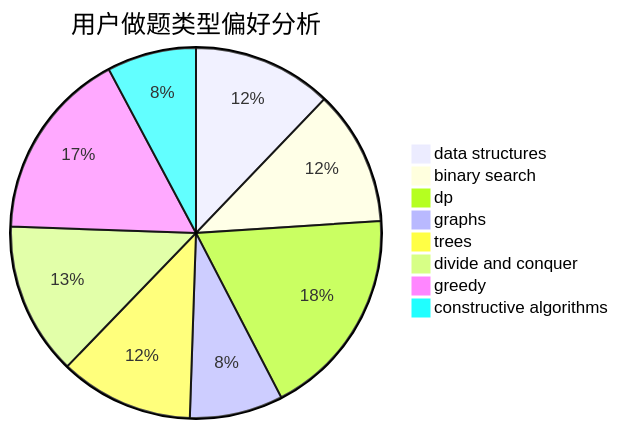
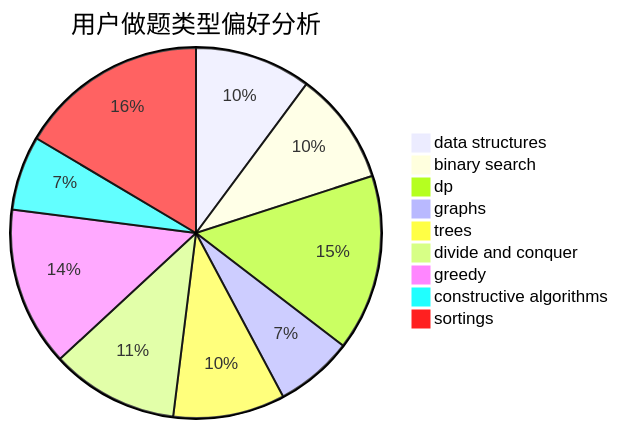
The second of 3 diagrams in docs/user/u1415.md (sherpahu/cfrs.github.io), drawn with Mermaid before and after one commit. The commit also changed other lines of this file and 2769 other files, not shown here.

````diff
--- a/docs/user/u1415.md
+++ b/docs/user/u1415.md
@@ -23,11 +18,12 @@
 ```mermaid
 pie title 用户做题类型偏好分析
     "data structures" :  103
     "binary search" :  100
     "dp" :  156
     "graphs" :  69
     "trees" :  99
     "divide and conquer" :  113
     "greedy" :  141
     "constructive algorithms" :  66
+    "sortings" :  167
 ```
````
